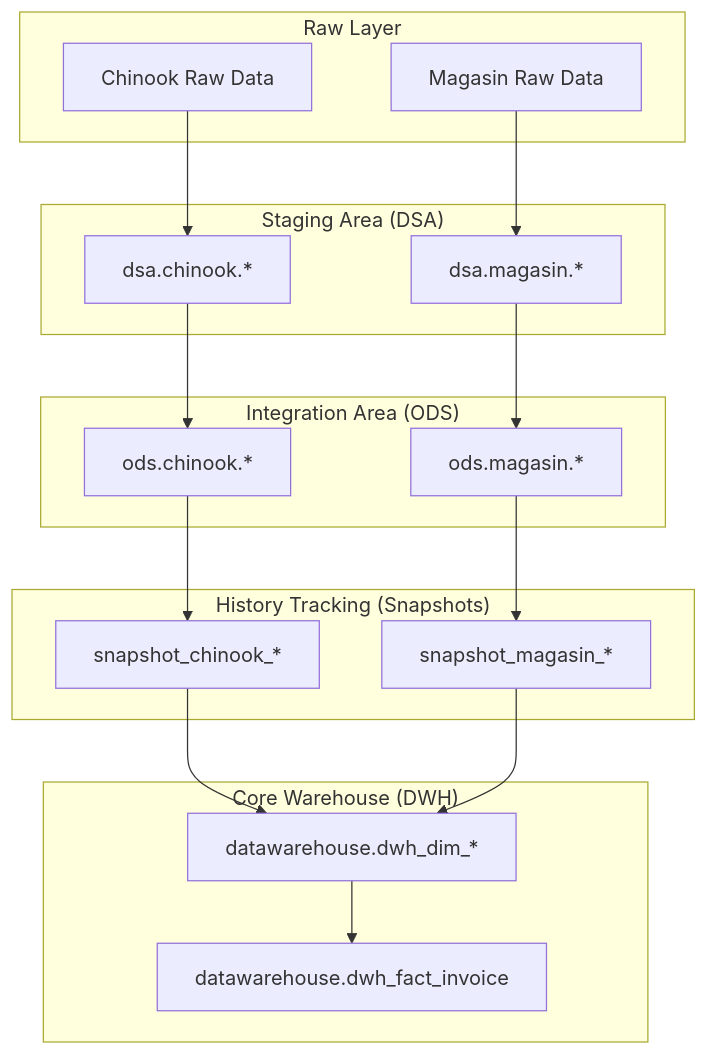
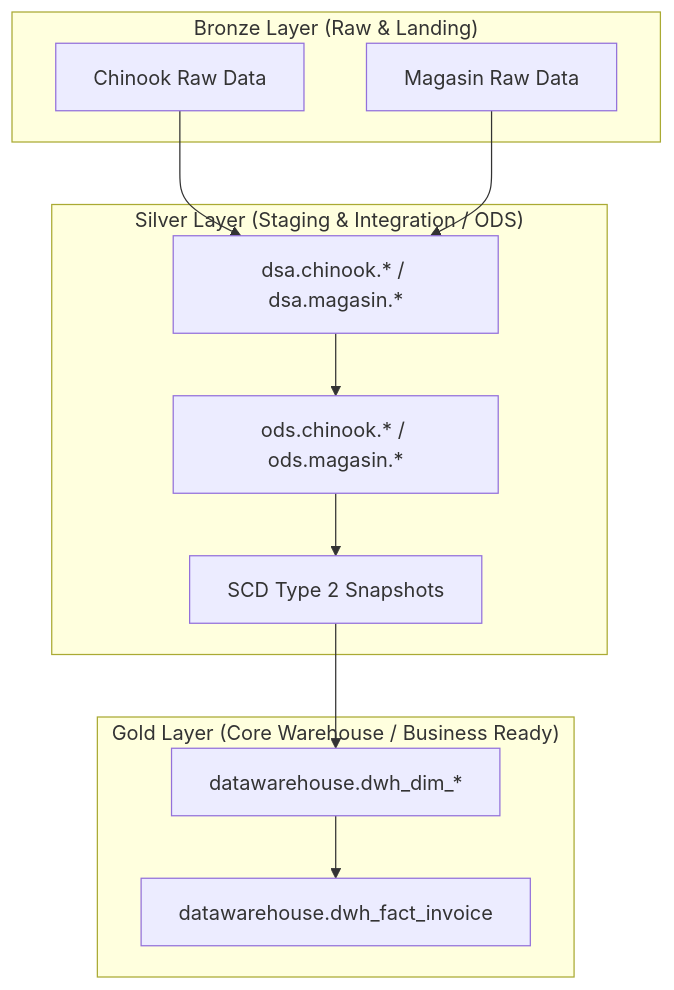
Before and after one commit to Pandahoccode/chinook-data-warehouse: the diagram in README.md, drawn with Mermaid. The commit also changed other lines of this file, not shown here.

Commit message:
docs: update Medallion architecture flow, Elementary, and Semantic Layer in README

````diff
--- a/README.md
+++ b/README.md
@@ -20,37 +20,25 @@
 ```mermaid
 graph TD
-    subgraph "Raw Layer"
+    subgraph "Bronze Layer (Raw & Landing)"
         A[Chinook Raw Data]
         B[Magasin Raw Data]
     end
 
-    subgraph "Staging Area (DSA)"
-        C[dsa.chinook.*]
-        D[dsa.magasin.*]
+    subgraph "Silver Layer (Staging & Integration / ODS)"
+        C[dsa.chinook.* / dsa.magasin.*]
+        D[ods.chinook.* / ods.magasin.*]
+        E[SCD Type 2 Snapshots]
     end
 
-    subgraph "Integration Area (ODS)"
-        E[ods.chinook.*]
-        F[ods.magasin.*]
-    end
-
-    subgraph "History Tracking (Snapshots)"
-        G[snapshot_chinook_*]
-        H[snapshot_magasin_*]
-    end
-
-    subgraph "Core Warehouse (DWH)"
-        I[datawarehouse.dwh_dim_*]
-        J[datawarehouse.dwh_fact_invoice]
+    subgraph "Gold Layer (Core Warehouse / Business Ready)"
+        F[datawarehouse.dwh_dim_*]
+        G[datawarehouse.dwh_fact_invoice]
     end
 
     A --> C
-    B --> D
-    C --> E
-    D --> F
-    E --> G
-    F --> H
-    G --> I
-    H --> I
-    I --> J
+    B --> C
+    C --> D
+    D --> E
+    E --> F
+    F --> G
 ```
````
